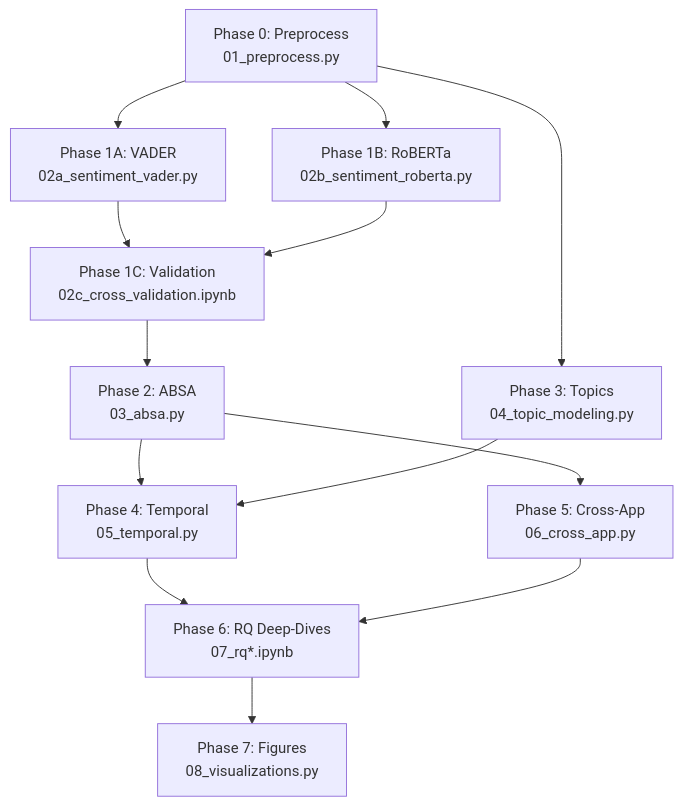
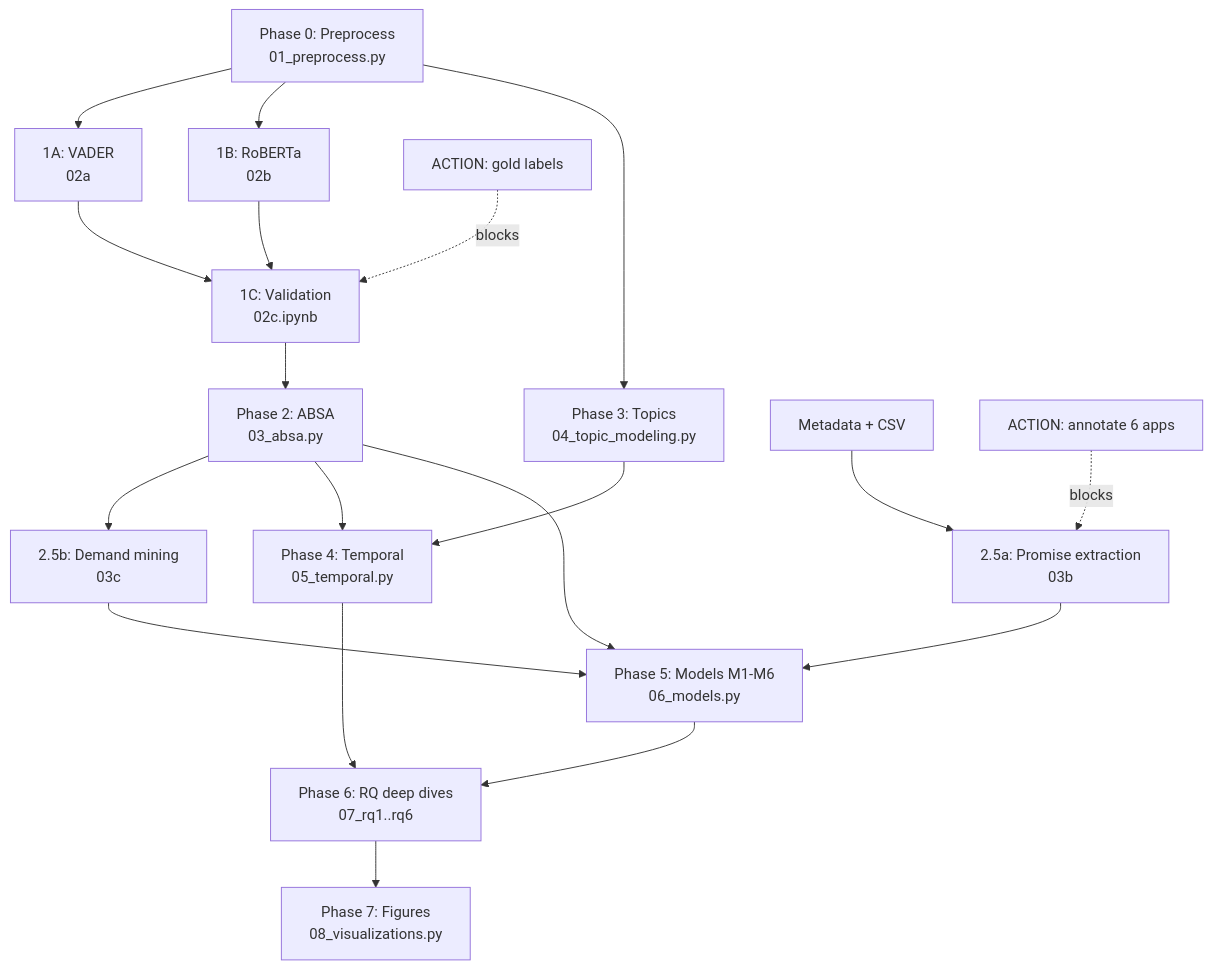
Before and after one commit to TawhidUmar9/Salat-App-Research: the diagram in implementation_plan.md, drawn with Mermaid. The commit also changed other lines of this file, not shown here.

````diff
--- a/implementation_plan.md
+++ b/implementation_plan.md
@@ -380,15 +483,21 @@
 ```mermaid
 graph TD
-    A["Phase 0: Preprocess<br/>01_preprocess.py"] --> B["Phase 1A: VADER<br/>02a_sentiment_vader.py"]
-    A --> C["Phase 1B: RoBERTa<br/>02b_sentiment_roberta.py"]
-    B --> D["Phase 1C: Validation<br/>02c_cross_validation.ipynb"]
+    A["Phase 0: Preprocess<br/>01_preprocess.py"] --> B["1A: VADER<br/>02a"]
+    A --> C["1B: RoBERTa<br/>02b"]
+    B --> D["1C: Validation<br/>02c.ipynb"]
     C --> D
     D --> E["Phase 2: ABSA<br/>03_absa.py"]
     A --> F["Phase 3: Topics<br/>04_topic_modeling.py"]
+    M["Metadata + CSV"] --> P["2.5a: Promise extraction<br/>03b"]
+    E --> Q["2.5b: Demand mining<br/>03c"]
     E --> G["Phase 4: Temporal<br/>05_temporal.py"]
     F --> G
-    E --> H["Phase 5: Cross-App<br/>06_cross_app.py"]
-    G --> I["Phase 6: RQ Deep-Dives<br/>07_rq*.ipynb"]
+    E --> H["Phase 5: Models M1-M6<br/>06_models.py"]
+    P --> H
+    Q --> H
+    G --> I["Phase 6: RQ deep dives<br/>07_rq1..rq6"]
     H --> I
     I --> J["Phase 7: Figures<br/>08_visualizations.py"]
+    ANN["ACTION: annotate 6 apps"] -.blocks.-> P
+    GOLD["ACTION: gold labels"] -.blocks.-> D
 ```
````
